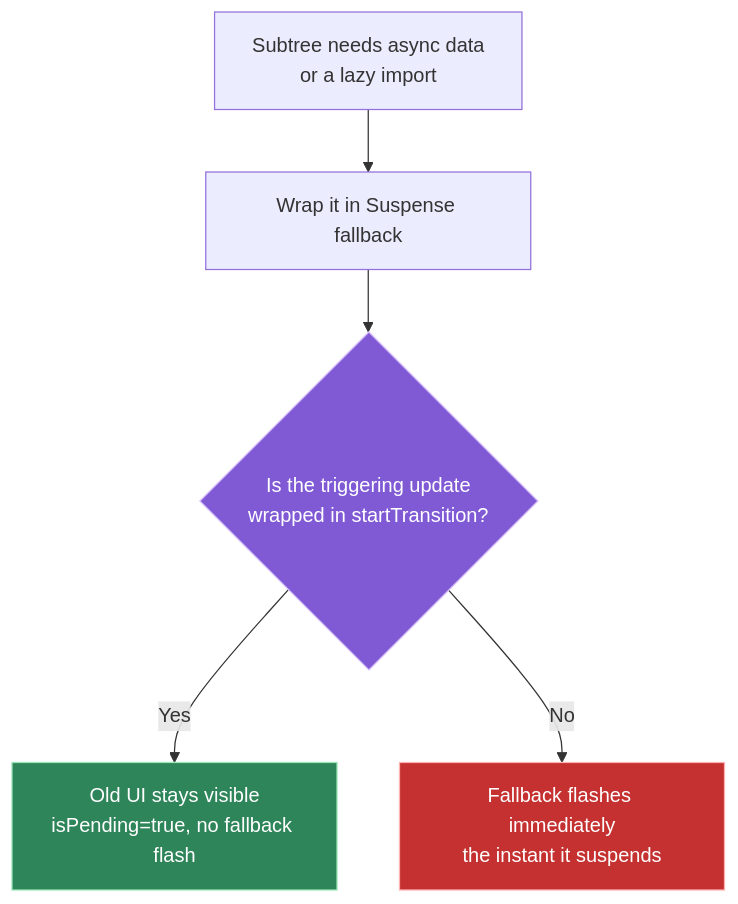
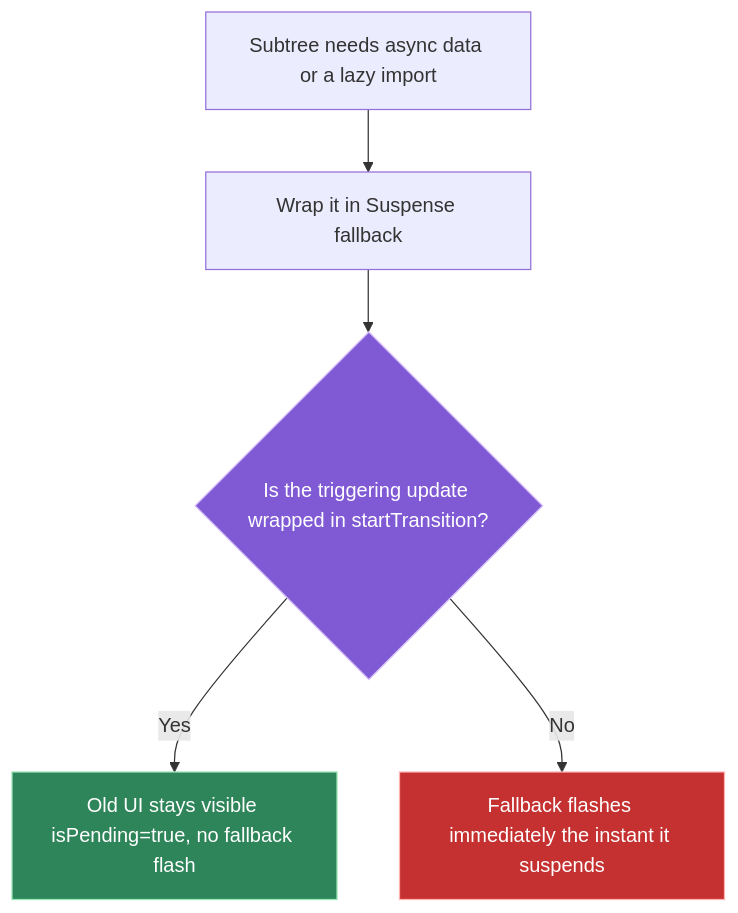
One commit to vinayakhumberi/litmus changed the third of 3 diagrams in data/topics/react-18-features.md. Above: the diagram before and after it, drawn with Mermaid. The commit also changed other lines of this file and 68 other files, not shown here.

````diff
--- a/data/topics/react-18-features.md
+++ b/data/topics/react-18-features.md
@@ -173,15 +173,15 @@
 ```mermaid
 graph TD
-    J["Subtree needs async data<br>or a lazy import"] --> K["Wrap it in Suspense fallback"]
-    K --> L{"Is the triggering update<br>wrapped in startTransition?"}
-    L -- "Yes" --> M["Old UI stays visible<br>isPending=true, no fallback flash"]
-    L -- "No" --> N["Fallback flashes immediately<br>the instant it suspends"]
+    J["Subtree needs async data or a lazy import"] --> K["Wrap it in Suspense fallback"]
+    K --> L{"Is the triggering update wrapped in startTransition?"}
+    L -- "Yes" --> M["Old UI stays visible isPending=true, no fallback flash"]
+    L -- "No" --> N["Fallback flashes immediately the instant it suspends"]
 
     classDef good fill:#2f855a,stroke:#9ae6b4,color:#fff
     classDef bad fill:#c53030,stroke:#feb2b2,color:#fff
     classDef decision fill:#805ad5,stroke:#d6bcfa,color:#fff
 
     class M good
     class N bad
     class L decision
 ```
````
